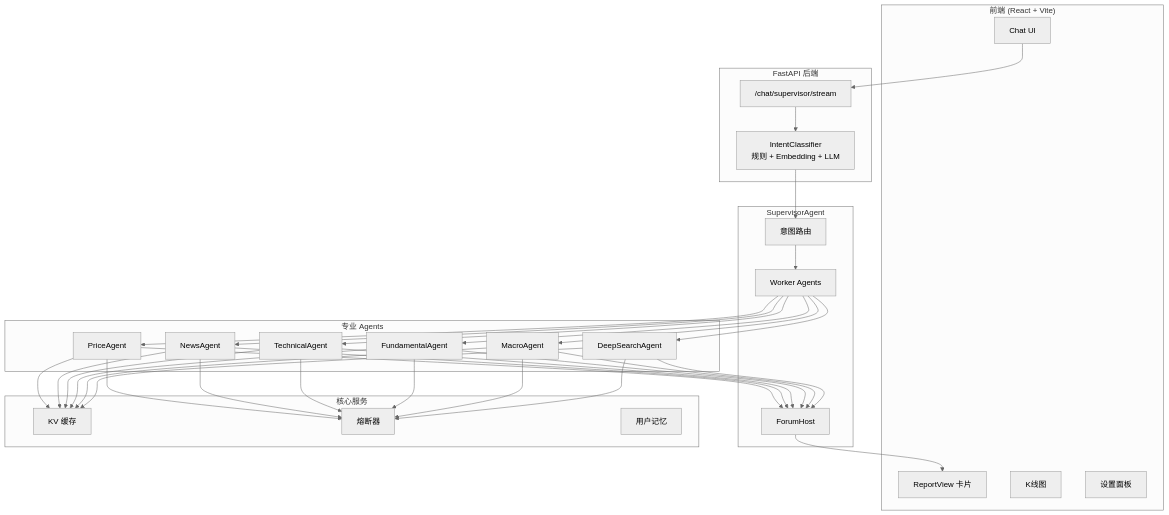
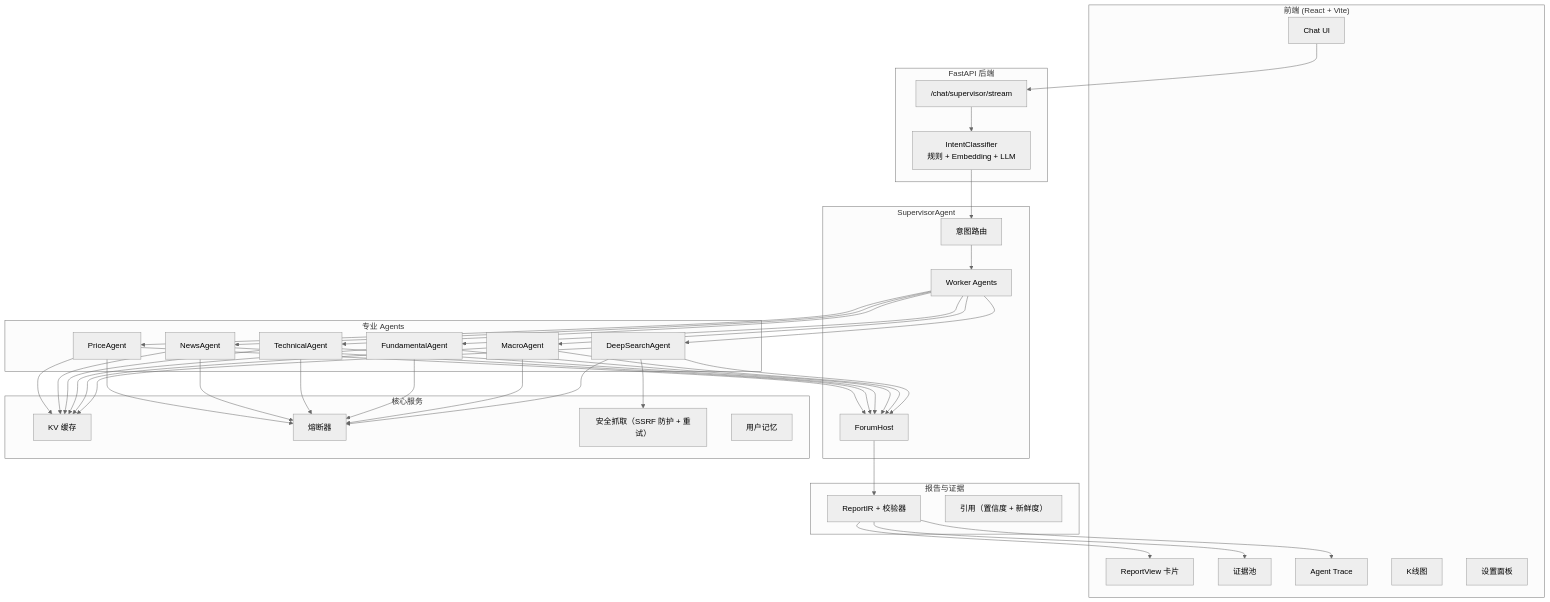
Before and after one commit to kkkano/FinSight: the first of 3 diagrams in readme_cn.md, drawn with Mermaid (neutral theme). The commit also changed other lines of this file and 6 other files, not shown here.

````diff
--- a/readme_cn.md
+++ b/readme_cn.md
@@ -110,46 +83,57 @@
 ```mermaid
 flowchart TB
     subgraph Frontend["前端 (React + Vite)"]
         UI[Chat UI]
-        Report[ReportView 卡片]
+        ReportView[ReportView 卡片]
+        Evidence[证据池]
+        Trace[Agent Trace]
         Chart[K线图]
         Settings[设置面板]
     end
 
     subgraph API["FastAPI 后端"]
         Main["/chat/supervisor/stream"]
         Classifier[IntentClassifier<br/>规则 + Embedding + LLM]
     end
 
     subgraph Supervisor["SupervisorAgent"]
         Router[意图路由]
         Workers[Worker Agents]
         Forum[ForumHost]
     end
 
     subgraph Agents["专业 Agents"]
         PA[PriceAgent]
         NA[NewsAgent]
         TA[TechnicalAgent]
         FA[FundamentalAgent]
         MA[MacroAgent]
         DSA[DeepSearchAgent]
     end
 
+    subgraph ReportIR["报告与证据"]
+        IR[ReportIR + 校验器]
+        Citations[引用（置信度 + 新鲜度）]
+    end
+
     subgraph Services["核心服务"]
         Cache[KV 缓存]
         CB[熔断器]
+        SafeFetch[安全抓取（SSRF 防护 + 重试）]
         Memory[用户记忆]
     end
 
     UI --> Main
     Main --> Classifier
     Classifier --> Router
     Router --> Workers
     Workers --> PA & NA & TA & FA & MA & DSA
     PA & NA & TA & FA & MA & DSA --> Forum
-    Forum --> Report
+    Forum --> IR --> ReportView
+    IR --> Evidence
+    IR --> Trace
 
     PA & NA & TA & FA & MA & DSA --> Cache
     PA & NA & TA & FA & MA & DSA --> CB
+    DSA --> SafeFetch
 ```
````
